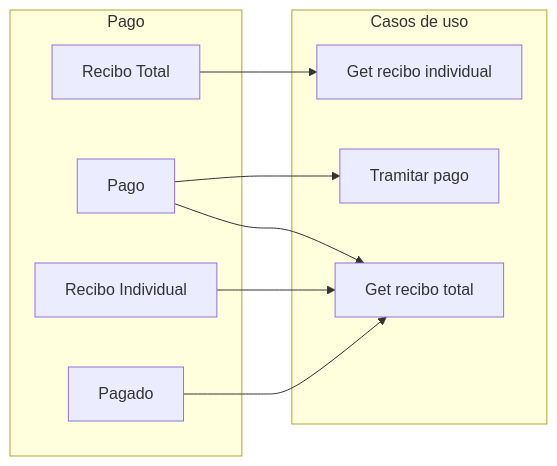
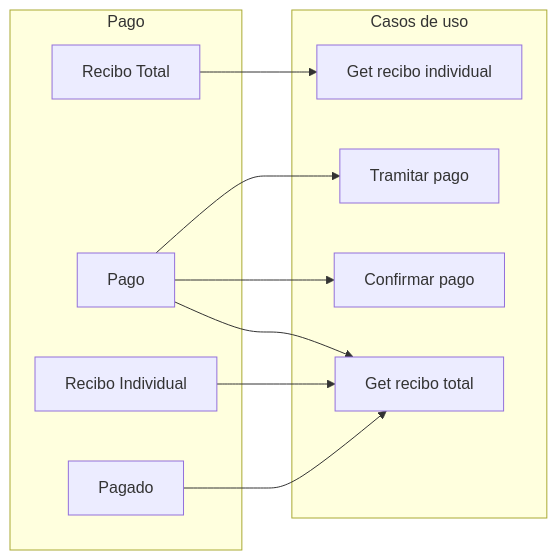
One commit to pabenito/QRest changed the tenth of 10 diagrams in documentacion/requisitos/diagramas_de_flujo.md. Above: the diagram before and after it, drawn with Mermaid. The commit also changed other lines of this file, not shown here.

Commit message:
Diagrama de flujo: Diferenciar entre Tramitar pago y Confirmar pago

````diff
--- a/documentacion/requisitos/diagramas_de_flujo.md
+++ b/documentacion/requisitos/diagramas_de_flujo.md
@@ -169,19 +169,21 @@
 ```mermaid
 flowchart LR
     subgraph g_pago[Pago]
         recibo_total[Recibo Total]
         pago[Pago]
         recibo_individual[Recibo Individual]
         pagado[Pagado]
     end
     subgraph casos_de_uso[Casos de uso]
         get_recibo_individual[Get recibo individual]
         get_recibo_total[Get recibo total]
         tramitar_pago[Tramitar pago]
+        confirmar_pago[Confirmar pago]
     end
     recibo_total --> get_recibo_individual
     recibo_individual --> get_recibo_total
     pago --> tramitar_pago
+    pago --> confirmar_pago
     pago --> get_recibo_total
     pagado --> get_recibo_total
 ```
````
